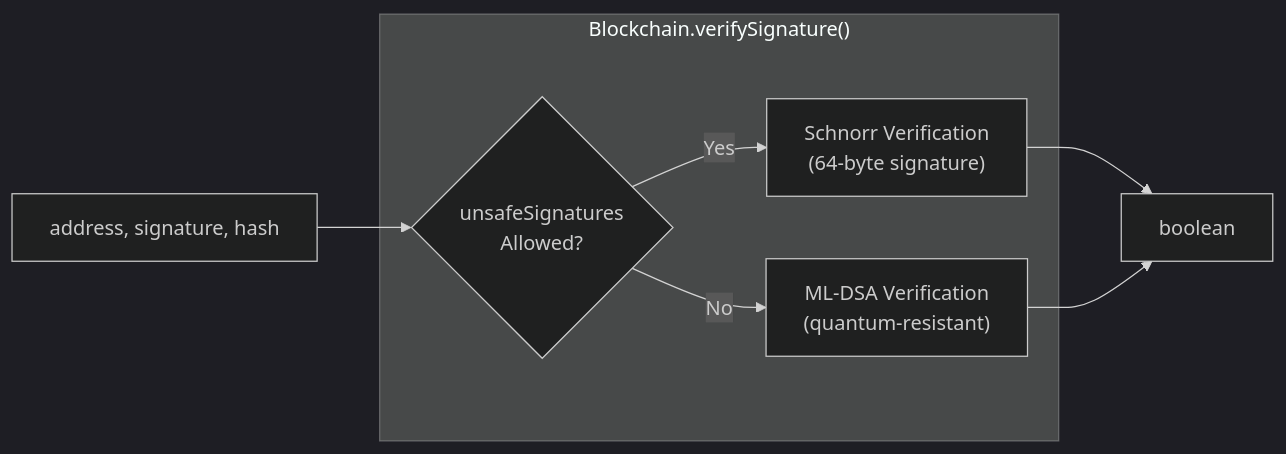
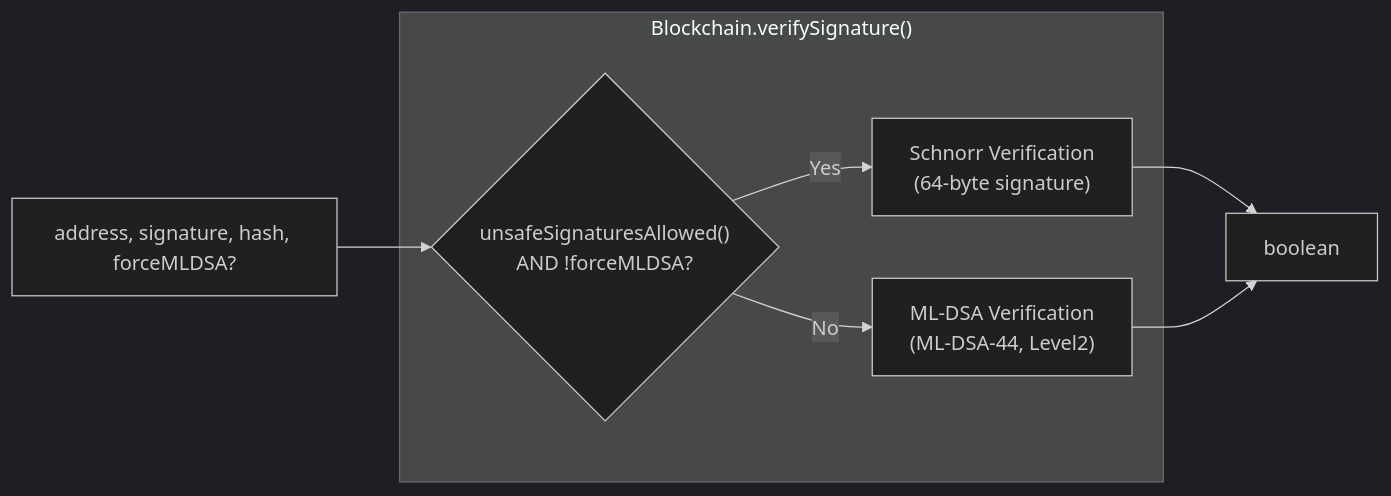
One commit to btc-vision/btc-runtime changed the sixth of 7 diagrams in docs/core-concepts/blockchain-environment.md. Above: the diagram before and after it, drawn with Mermaid. The commit also changed other lines of this file and 30 other files, not shown here.

````diff
--- a/docs/core-concepts/blockchain-environment.md
+++ b/docs/core-concepts/blockchain-environment.md
@@ -461,15 +461,15 @@
 ```mermaid
 ---
 config:
   theme: dark
 ---
 flowchart LR
     subgraph Verify["Blockchain.verifySignature()"]
-        Check{"unsafeSignatures<br/>Allowed?"}
+        Check{"unsafeSignaturesAllowed()<br/>AND !forceMLDSA?"}
         Check -->|Yes| Schnorr["Schnorr Verification<br/>(64-byte signature)"]
-        Check -->|No| MLDSA["ML-DSA Verification<br/>(quantum-resistant)"]
+        Check -->|No| MLDSA["ML-DSA Verification<br/>(ML-DSA-44, Level2)"]
     end
-    Input["address, signature, hash"] --> Check
+    Input["address, signature, hash, forceMLDSA?"] --> Check
     Schnorr --> Result["boolean"]
     MLDSA --> Result
 ```
````
